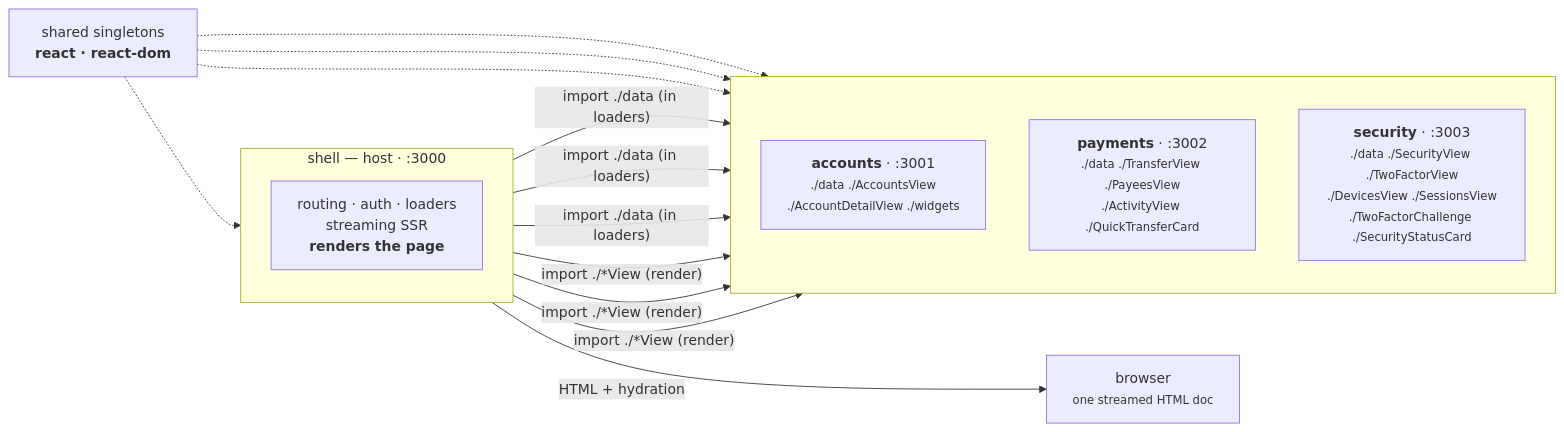
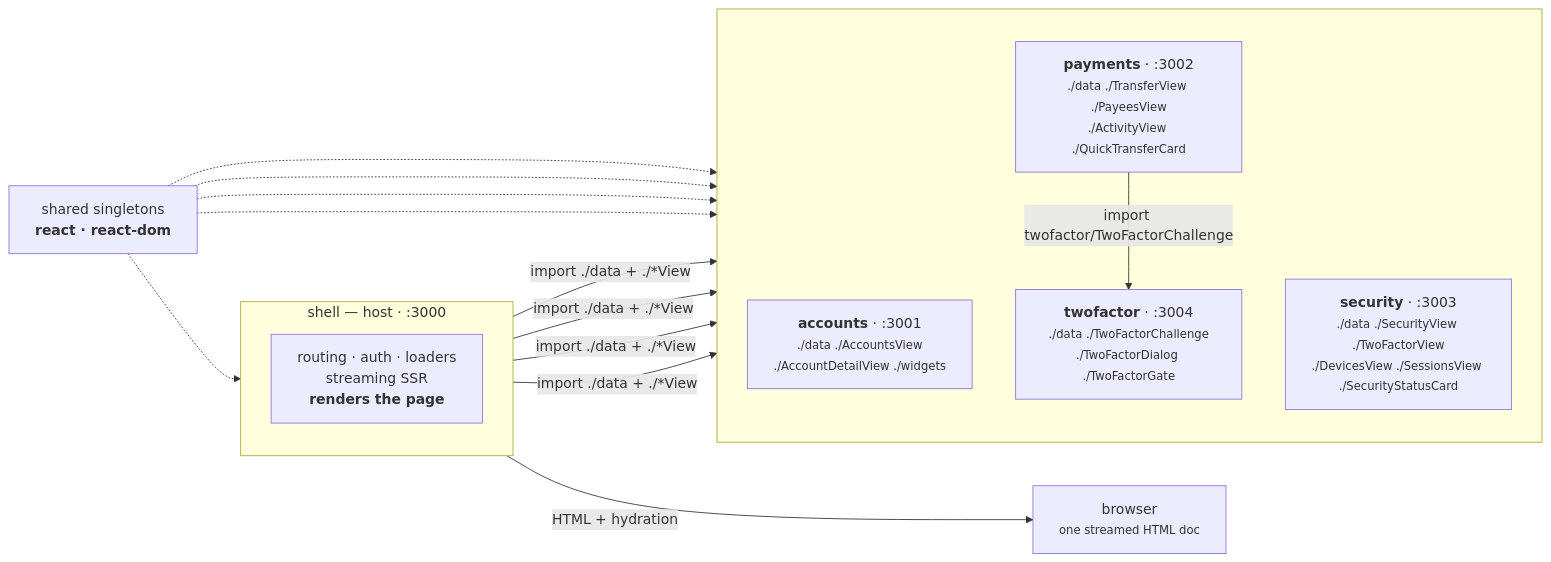
Before and after one commit to hakangenc1/MF-Modern.js-v3: the first of 4 diagrams in docs/ARCHITECTURE.md, drawn with Mermaid. The commit also changed other lines of this file and 38 other files, not shown here.

````diff
--- a/docs/ARCHITECTURE.md
+++ b/docs/ARCHITECTURE.md
@@ -64,24 +63,25 @@
 ```mermaid
 flowchart LR
     B["browser<br/><small>one streamed HTML doc</small>"]
 
     subgraph SHELL["shell — host · :3000"]
         direction TB
         S["routing · auth · loaders<br/>streaming SSR<br/><b>renders the page</b>"]
     end
 
     subgraph REMOTES[" "]
         direction TB
         A["<b>accounts</b> · :3001<br/><small>./data ./AccountsView<br/>./AccountDetailView ./widgets</small>"]
         P["<b>payments</b> · :3002<br/><small>./data ./TransferView ./PayeesView<br/>./ActivityView ./QuickTransferCard</small>"]
-        SEC["<b>security</b> · :3003<br/><small>./data ./SecurityView ./TwoFactorView<br/>./DevicesView ./SessionsView<br/>./TwoFactorChallenge ./SecurityStatusCard</small>"]
+        SEC["<b>security</b> · :3003<br/><small>./data ./SecurityView ./TwoFactorView<br/>./DevicesView ./SessionsView ./SecurityStatusCard</small>"]
+        TF["<b>twofactor</b> · :3004<br/><small>./data ./TwoFactorChallenge<br/>./TwoFactorDialog ./TwoFactorGate</small>"]
     end
 
     SHARED["shared singletons<br/><b>react · react-dom</b>"]
 
     S -- "HTML + hydration" --> B
-    S -- "import ./data (in loaders)" --> A & P & SEC
-    S -- "import ./*View (render)" --> A & P & SEC
+    S -- "import ./data + ./*View" --> A & P & SEC & TF
+    P -- "import twofactor/TwoFactorChallenge" --> TF
     SHARED -.-> S
-    SHARED -.-> A & P & SEC
+    SHARED -.-> A & P & SEC & TF
 ```
````
